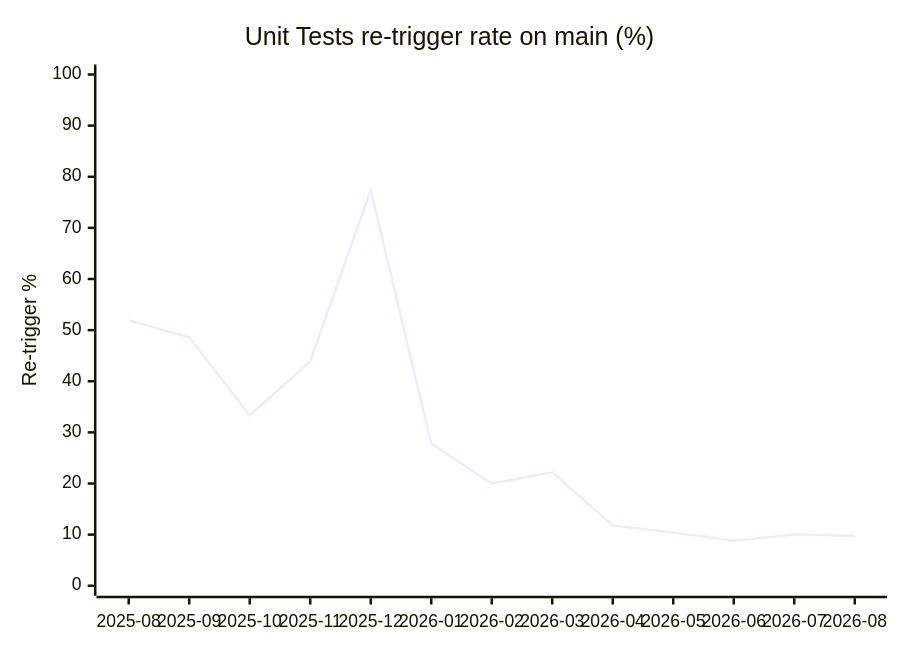
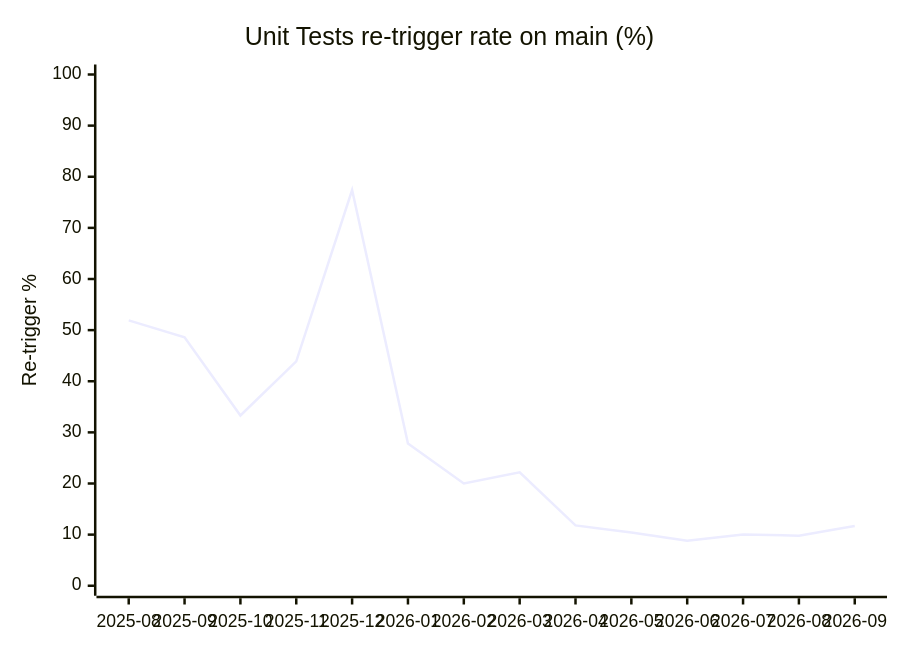
Before and after one commit to cloudfoundry/cloud_controller_ng: the diagram in README.md, drawn with Mermaid. The commit also changed other lines of this file and 1 other file, not shown here.

Commit message:
Update unit-test re-trigger metric (2026-10-02)

````diff
--- a/README.md
+++ b/README.md
@@ -13,7 +13,7 @@
 ```mermaid
 xychart-beta
     title "Unit Tests re-trigger rate on main (%)"
-    x-axis ["2025-08", "2025-09", "2025-10", "2025-11", "2025-12", "2026-01", "2026-02", "2026-03", "2026-04", "2026-05", "2026-06", "2026-07", "2026-08"]
+    x-axis ["2025-08", "2025-09", "2025-10", "2025-11", "2025-12", "2026-01", "2026-02", "2026-03", "2026-04", "2026-05", "2026-06", "2026-07", "2026-08", "2026-09"]
     y-axis "Re-trigger %" 0 --> 100
-    line [51.9, 48.6, 33.3, 43.9, 77.4, 27.8, 20, 22.2, 11.8, 10.4, 8.8, 10, 9.8]
+    line [51.9, 48.6, 33.3, 43.9, 77.4, 27.8, 20, 22.2, 11.8, 10.4, 8.8, 10, 9.8, 11.7]
 ```
````
